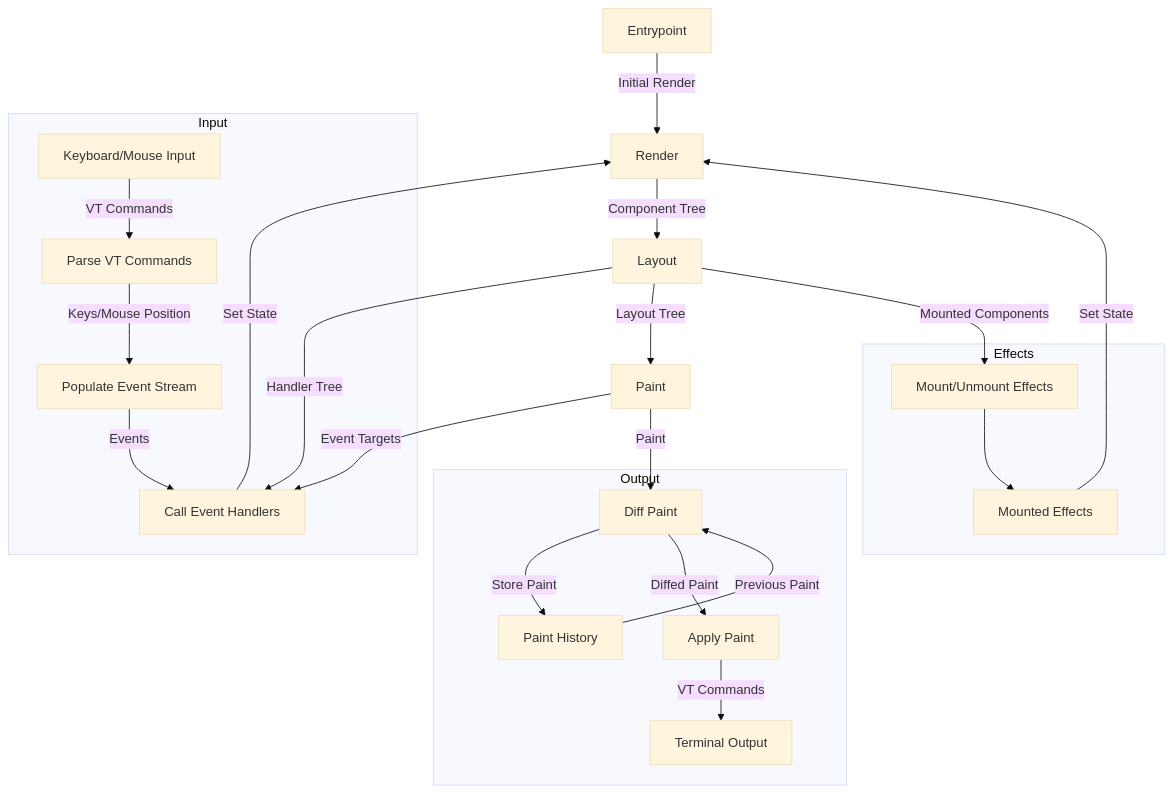
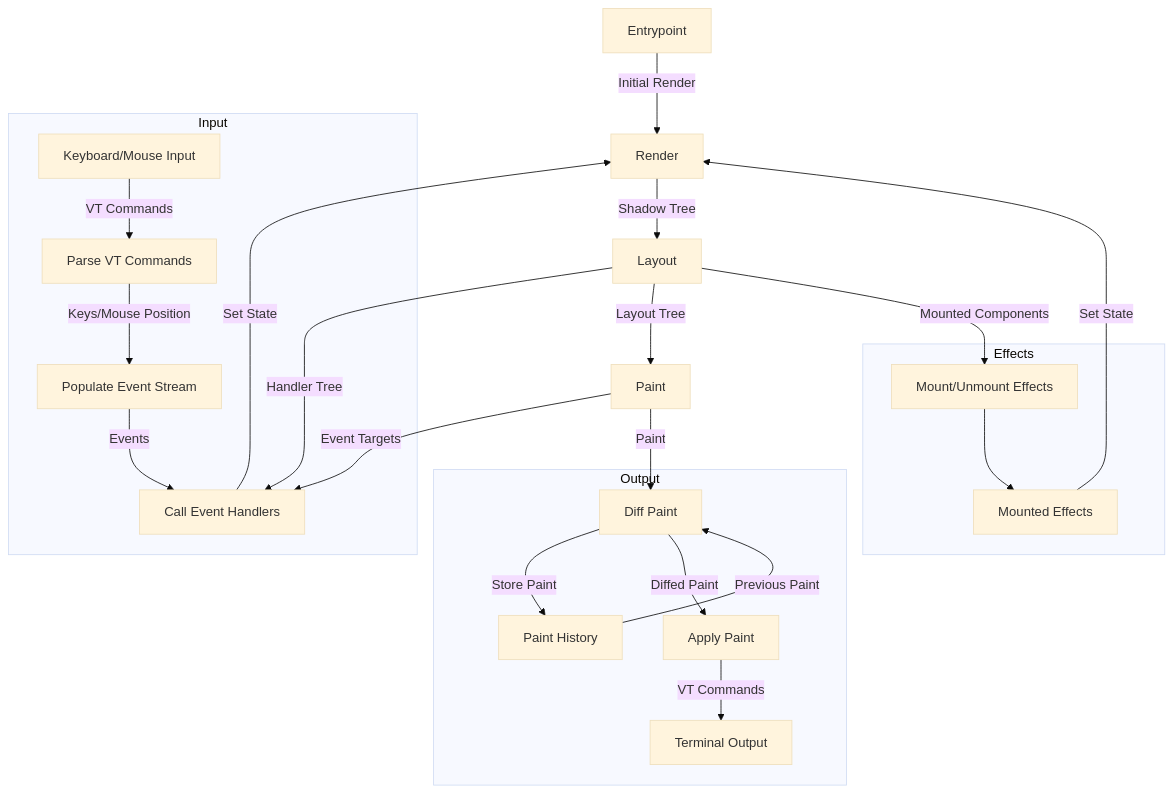
Before and after one commit to JoshKarpel/counterweight: the diagram in docs/app-flow.md, drawn with Mermaid (base theme).

Commit message:
tweak name in diagram

````diff
--- a/docs/app-flow.md
+++ b/docs/app-flow.md
@@ -3,51 +3,51 @@
 ```mermaid
 flowchart TB
 
     en[Entrypoint]
     r[Render]
     l[Layout]
     p[Paint]
 
     subgraph Output
         ph[Paint History]
         dp[Diff Paint]
         d[Apply Paint]
         t[Terminal Output]
     end
 
     subgraph Input
         i[Keyboard/Mouse Input]
         vp[Parse VT Commands]
         ev[Populate Event Stream]
         eh[Call Event Handlers]
     end
 
     subgraph Effects
         efm[Mount/Unmount Effects]
         eff[Mounted Effects]
     end
 
     en -- Initial Render --> r
-    r -- Component Tree --> l
+    r -- Shadow Tree --> l
     l -- Layout Tree --> p
     p -- Paint --> dp
 
     ph -- Previous Paint --> dp
     dp -- Store Paint --> ph
     dp -- Diffed Paint --> d
 
     d -- VT Commands --> t
 
     i -- VT Commands --> vp
     vp -- Keys/Mouse Position --> ev
     ev -- Events --> eh
     l -- Handler Tree --> eh
     p -- Event Targets --> eh
 
     eh -- Set State --> r
 
     l -- Mounted Components --> efm
     efm --> eff
     eff -- Set State --> r
 
 ```
````
